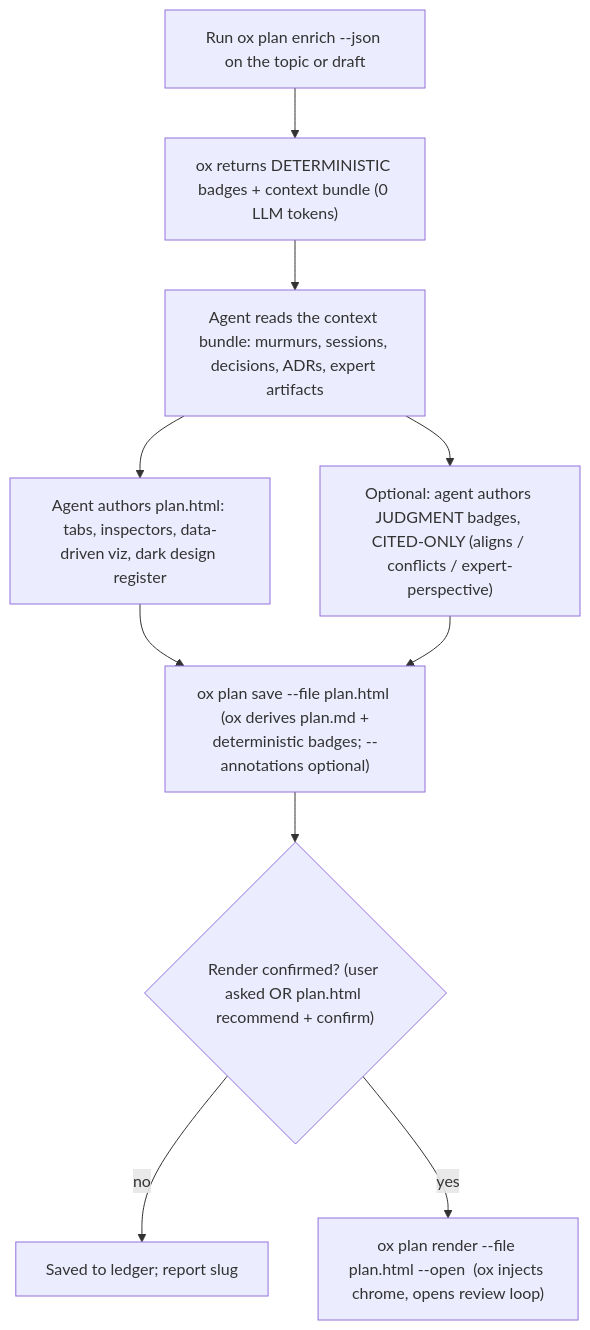
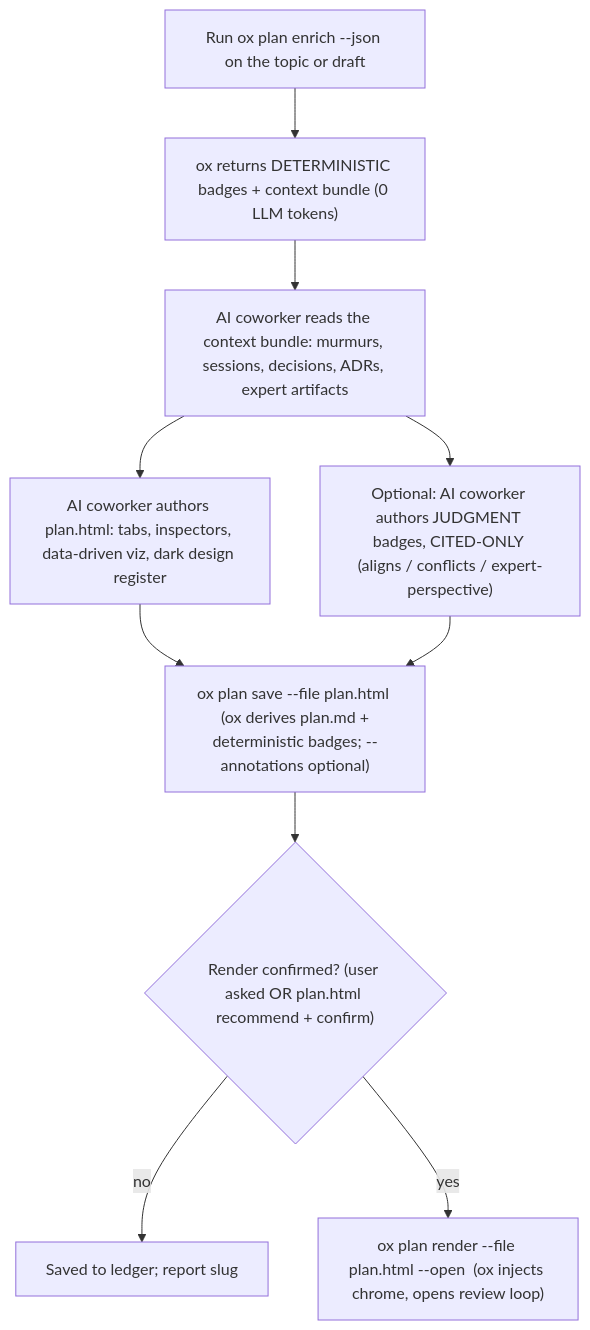
One commit to aditeya08varma/ox changed the diagram in extensions/claude/skills/ox-plan/SKILL.md. Above: the diagram before and after it, drawn with Mermaid. The commit also changed other lines of this file and 24 other files, not shown here.

````diff
--- a/extensions/claude/skills/ox-plan/SKILL.md
+++ b/extensions/claude/skills/ox-plan/SKILL.md
@@ -40,12 +40,12 @@
 ```mermaid
 flowchart TB
   RUN["Run ox plan enrich --json on the topic or draft"] --> DET["ox returns DETERMINISTIC badges + context bundle (0 LLM tokens)"]
-  DET --> READ["Agent reads the context bundle: murmurs, sessions, decisions, ADRs, expert artifacts"]
-  READ --> PAGE["Agent authors plan.html: tabs, inspectors, data-driven viz, dark design register"]
-  READ --> JUDGE["Optional: agent authors JUDGMENT badges, CITED-ONLY (aligns / conflicts / expert-perspective)"]
+  DET --> READ["AI coworker reads the context bundle: murmurs, sessions, decisions, ADRs, expert artifacts"]
+  READ --> PAGE["AI coworker authors plan.html: tabs, inspectors, data-driven viz, dark design register"]
+  READ --> JUDGE["Optional: AI coworker authors JUDGMENT badges, CITED-ONLY (aligns / conflicts / expert-perspective)"]
   PAGE --> SAVE["ox plan save --file plan.html  (ox derives plan.md + deterministic badges; --annotations optional)"]
   JUDGE --> SAVE
   SAVE --> GATE{"Render confirmed? (user asked OR plan.html recommend + confirm)"}
   GATE -->|"no"| DONE["Saved to ledger; report slug"]
   GATE -->|"yes"| RENDER["ox plan render --file plan.html --open  (ox injects chrome, opens review loop)"]
 ```
````
